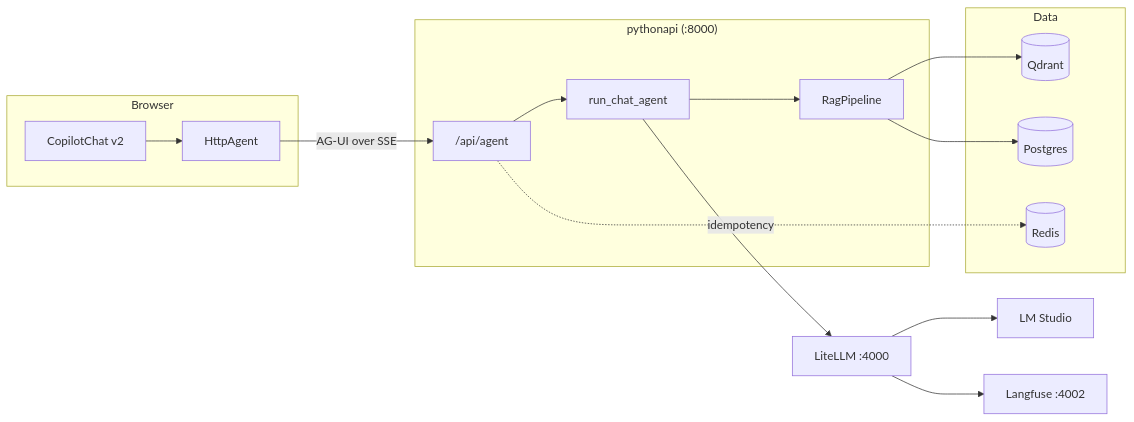
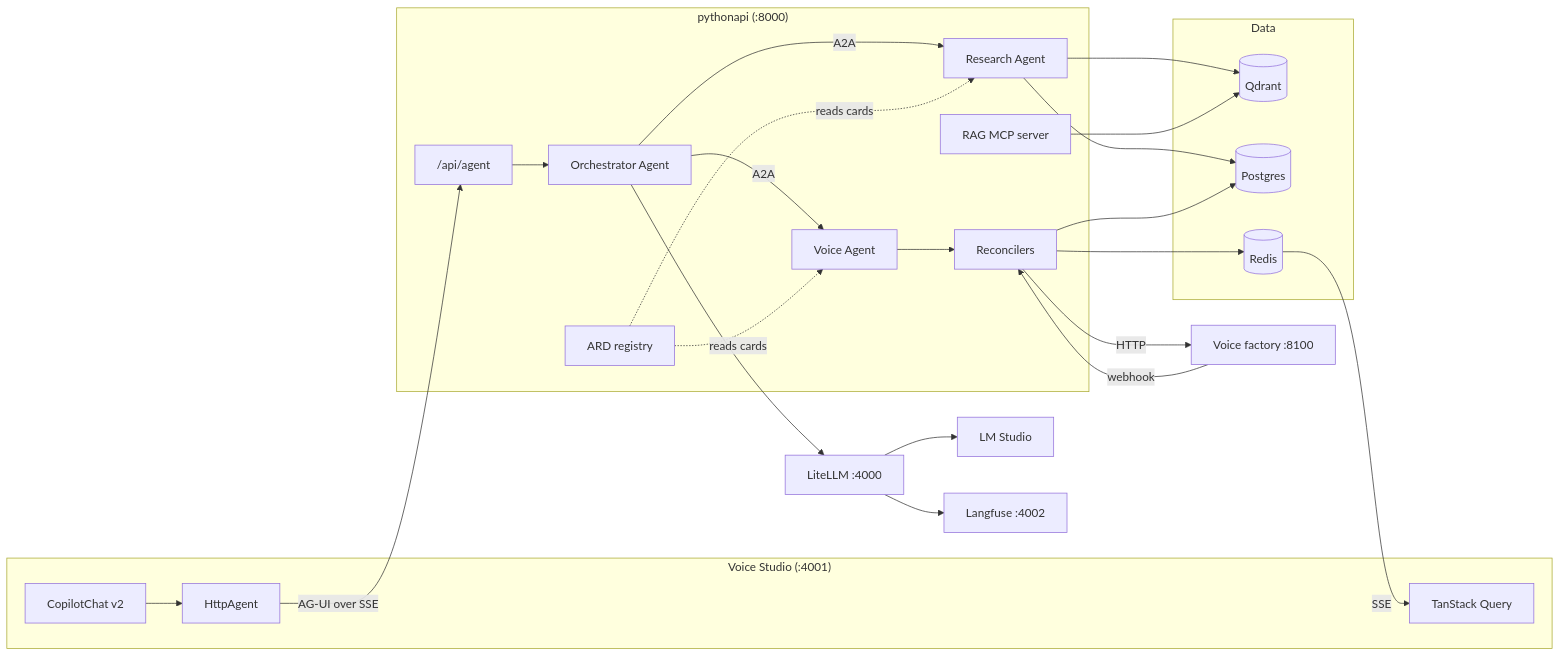
One commit to iknowcodesoup/copilot-agent-network changed the first of 2 diagrams in README.md. Above: the diagram before and after it, drawn with Mermaid. The commit also changed other lines of this file and 52 other files, not shown here.

````diff
--- a/README.md
+++ b/README.md
@@ -54,31 +69,49 @@
 ```mermaid
 flowchart LR
-    subgraph Browser
+    subgraph Browser["Voice Studio (:4001)"]
         UI[CopilotChat v2]
-        AGENT[HttpAgent]
+        HA[HttpAgent]
+        TQ[TanStack Query]
     end
-    subgraph FastAPI["pythonapi (:8000)"]
+
+    subgraph API["pythonapi (:8000)"]
         ROUTE["/api/agent"]
-        CHAT[run_chat_agent]
-        RAG[RagPipeline]
+        ORCH[Orchestrator Agent]
+        RES[Research Agent]
+        VOI[Voice Agent]
+        MCP["RAG MCP server"]
+        ARD["ARD registry"]
+        REC[Reconcilers]
     end
+
     subgraph Data
         QD[(Qdrant)]
         PG[(Postgres)]
         RD[(Redis)]
     end
+
     LLM[LiteLLM :4000]
     LMS[LM Studio]
     LF[Langfuse :4002]
+    VF["Voice factory :8100"]
 
-    UI --> AGENT
-    AGENT -->|AG-UI over SSE| ROUTE
-    ROUTE --> CHAT
-    CHAT --> RAG
-    RAG --> QD
-    RAG --> PG
-    CHAT --> LLM
+    UI --> HA
+    HA -->|AG-UI over SSE| ROUTE
+    ROUTE --> ORCH
+    ORCH -->|A2A| RES
+    ORCH -->|A2A| VOI
+    RES --> QD
+    RES --> PG
+    MCP --> QD
+    ARD -.reads cards.-> RES
+    ARD -.reads cards.-> VOI
+    VOI --> REC
+    REC --> PG
+    REC -->|HTTP| VF
+    VF -->|webhook| REC
+    REC --> RD
+    RD -->|SSE| TQ
+    ORCH --> LLM
     LLM --> LMS
     LLM --> LF
-    ROUTE -.idempotency.-> RD
 ```
````
